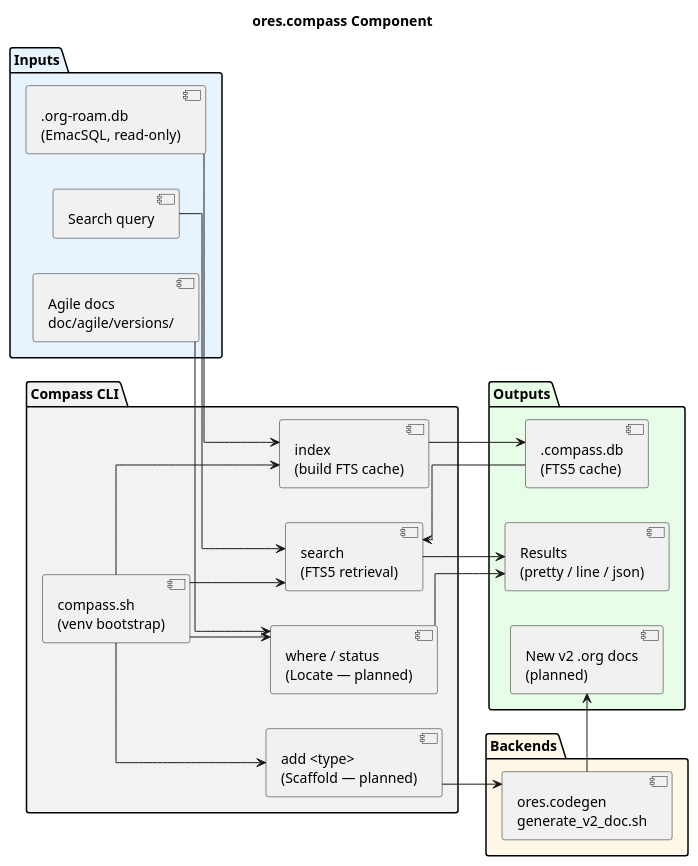
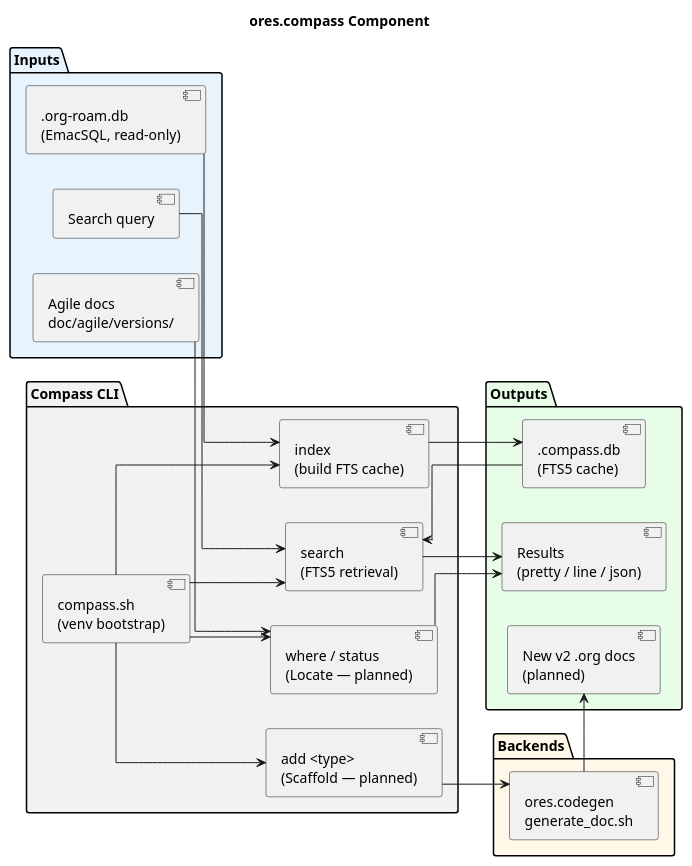
Before and after one commit to OreStudio/OreStudio: the diagram in projects/ores.compass/modeling/ores.compass.puml, drawn with PlantUML. The commit also changed 47 other files, not shown here.

```diff
--- a/projects/ores.compass/modeling/ores.compass.puml
+++ b/projects/ores.compass/modeling/ores.compass.puml
@@ -18,52 +18,52 @@
 @startuml
 
 title ores.compass Component
 
 skinparam linetype ortho
 left to right direction
 
 package "Inputs" #E8F4FD {
     [.org-roam.db\n(EmacSQL, read-only)] as roam
     [Agile docs\ndoc/agile/versions/] as agile
     [Search query] as query
 }
 
 package "Compass CLI" #F2F2F2 {
     [compass.sh\n(venv bootstrap)] as wrapper
     [index\n(build FTS cache)] as index
     [search\n(FTS5 retrieval)] as search
     [where / status\n(Locate — planned)] as locate
     [add <type>\n(Scaffold — planned)] as scaffold
 }
 
 package "Backends" #FFF8E8 {
-    [ores.codegen\ngenerate_v2_doc.sh] as codegen
+    [ores.codegen\ngenerate_doc.sh] as codegen
 }
 
 package "Outputs" #E8FDE8 {
     [.compass.db\n(FTS5 cache)] as cache
     [Results\n(pretty / line / json)] as results
     [New v2 .org docs\n(planned)] as newdocs
 }
 
 wrapper --> index
 wrapper --> search
 wrapper --> locate
 wrapper --> scaffold
 
 roam --> index
 index --> cache
 cache --> search
 query --> search
 search --> results
 
 agile --> locate
 locate --> results
 
 scaffold --> codegen
 codegen --> newdocs
 
 ' Local Variables:
 ' compile-command: "java -Djava.awt.headless=true -DPLANTUML_SECURITY_PROFILE=UNSECURE -DPLANTUML_LIMIT_SIZE=65535 -jar /usr/share/plantuml/plantuml.jar ores.compass.puml"
 ' End:
 @enduml
```
